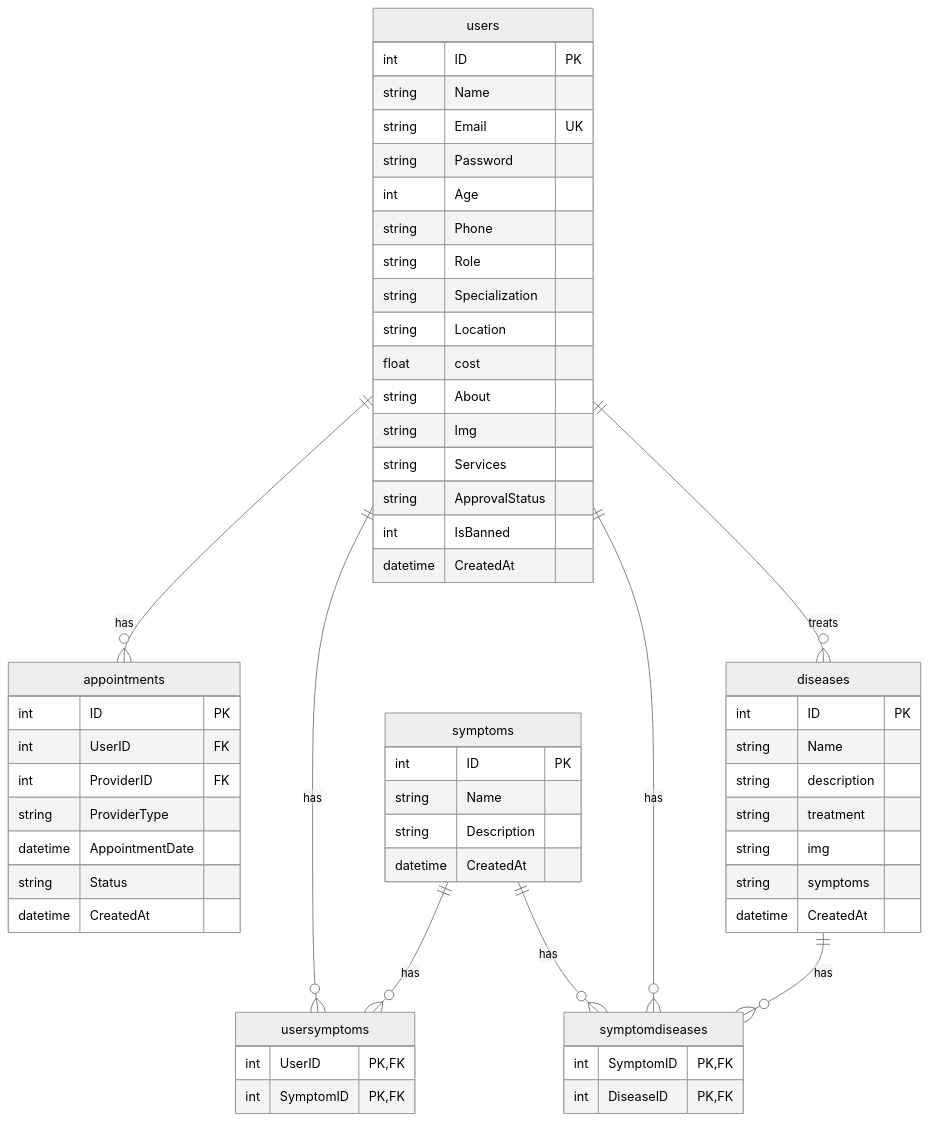
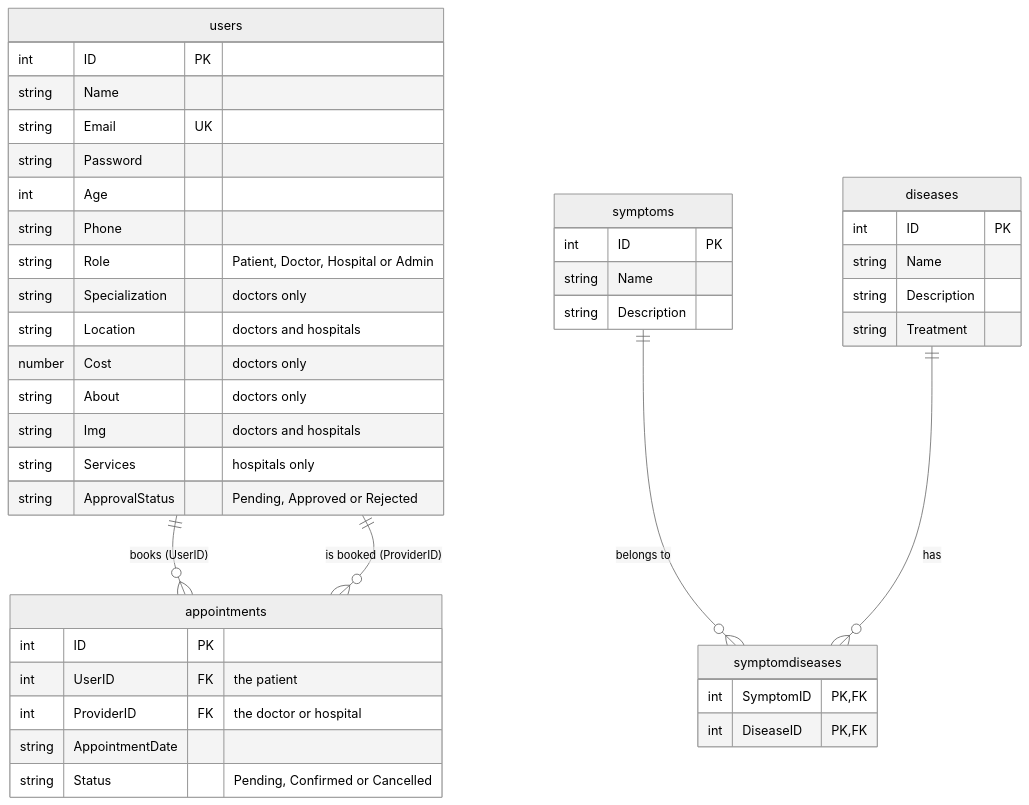
The diagram in DB_DIAGRAMS.md (Zain7856/MedMind), drawn with Mermaid (neutral theme) before and after one commit. The commit also changed other lines of this file and 130 other files, not shown here.

````diff
--- a/DB_DIAGRAMS.md
+++ b/DB_DIAGRAMS.md
@@ -5,66 +5,50 @@
 ```mermaid
 erDiagram
-    users ||--o{ appointments : "has"
-    users ||--o{ usersymptoms : "has"
-    users ||--o{ symptomdiseases : "has"
-    users ||--o{ diseases : "treats"
-    symptoms ||--o{ usersymptoms : "has"
-    symptoms ||--o{ symptomdiseases : "has"
+    users ||--o{ appointments : "books (UserID)"
+    users ||--o{ appointments : "is booked (ProviderID)"
+    symptoms ||--o{ symptomdiseases : "belongs to"
     diseases ||--o{ symptomdiseases : "has"
 
     users {
         int ID PK
         string Name
         string Email UK
         string Password
         int Age
         string Phone
-        string Role
-        string Specialization
-        string Location
-        float cost
-        string About
-        string Img
-        string Services
-        string ApprovalStatus
-        int IsBanned
-        datetime CreatedAt
+        string Role "Patient, Doctor, Hospital or Admin"
+        string Specialization "doctors only"
+        string Location "doctors and hospitals"
+        number Cost "doctors only"
+        string About "doctors only"
+        string Img "doctors and hospitals"
+        string Services "hospitals only"
+        string ApprovalStatus "Pending, Approved or Rejected"
     }
 
     symptoms {
         int ID PK
         string Name
         string Description
-        datetime CreatedAt
     }
 
     diseases {
         int ID PK
         string Name
-        string description
-        string treatment
-        string img
-        string symptoms
-        datetime CreatedAt
+        string Description
+        string Treatment
+    }
+
+    symptomdiseases {
+        int SymptomID PK, FK
+        int DiseaseID PK, FK
     }
 
     appointments {
         int ID PK
-        int UserID FK
-        int ProviderID FK
-        string ProviderType
-        datetime AppointmentDate
-        string Status
-        datetime CreatedAt
-    }
-
-    usersymptoms {
-        int UserID PK,FK
-        int SymptomID PK,FK
-    }
-
-    symptomdiseases {
-        int SymptomID PK,FK
-        int DiseaseID PK,FK
+        int UserID FK "the patient"
+        int ProviderID FK "the doctor or hospital"
+        string AppointmentDate
+        string Status "Pending, Confirmed or Cancelled"
     }
 ```
````
